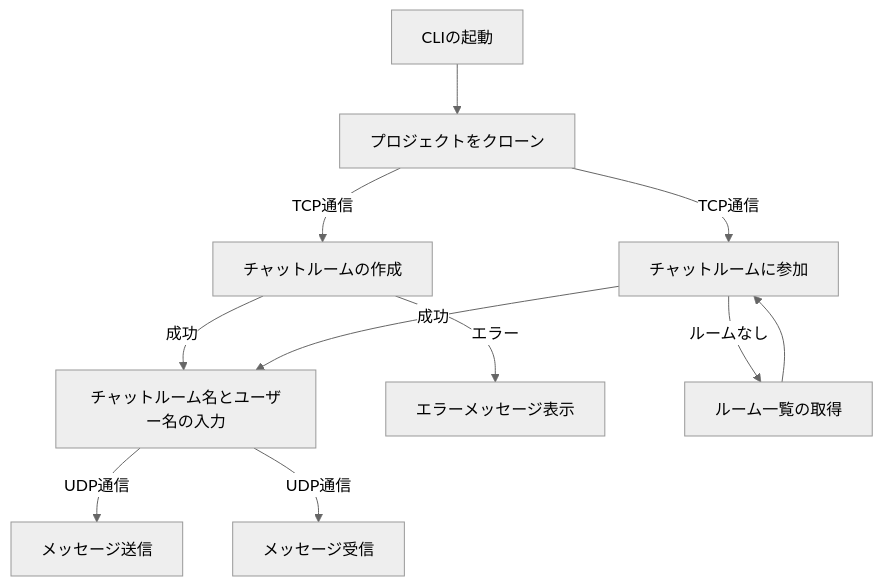
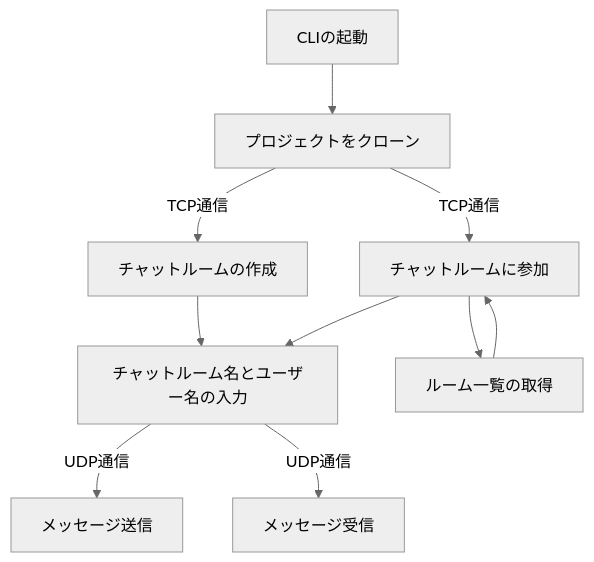
The diagram in README.md (BackendExplorer/Tenshin), drawn with Mermaid (neutral theme) before and after one commit. The commit also changed other lines of this file, not shown here.

````diff
--- a/README.md
+++ b/README.md
@@ -1,16 +1,14 @@
 ```mermaid
 graph TD
     A[CLIの起動] --> B[プロジェクトをクローン]
     B -- TCP通信 --> C[チャットルームの作成]
     B -- TCP通信 --> D[チャットルームに参加]
     
-    C -->|成功| E[チャットルーム名とユーザー名の入力]
-    C -->|エラー| G[エラーメッセージ表示]
-    
-    D -->|成功| E
-    D -->|ルームなし| H[ルーム一覧の取得]
+    C --> E[チャットルーム名とユーザー名の入力]
+    D --> H[ルーム一覧の取得]
     H --> D
+    D --> E
     
     E -- UDP通信 --> I[メッセージ送信]
     E -- UDP通信 --> J[メッセージ受信]
 ```
````
